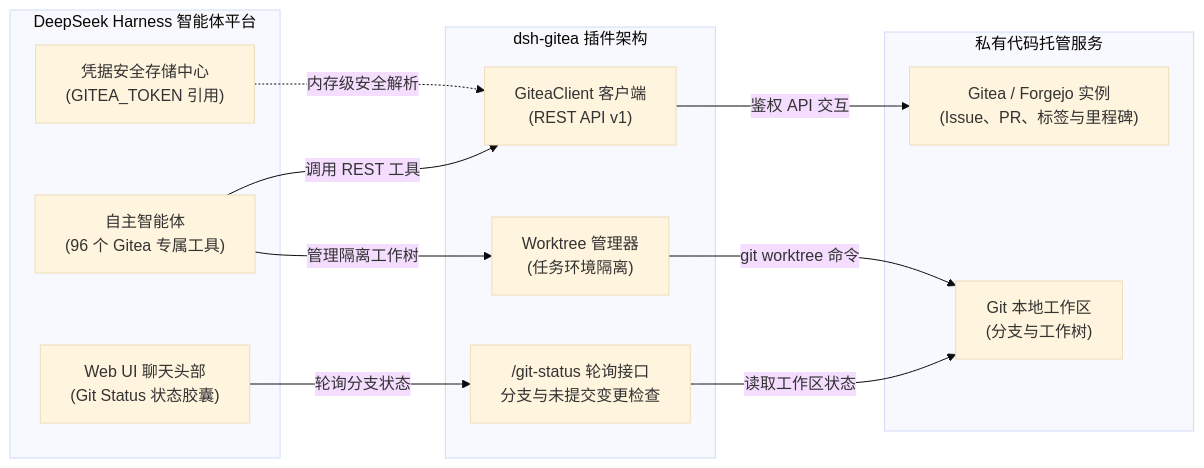
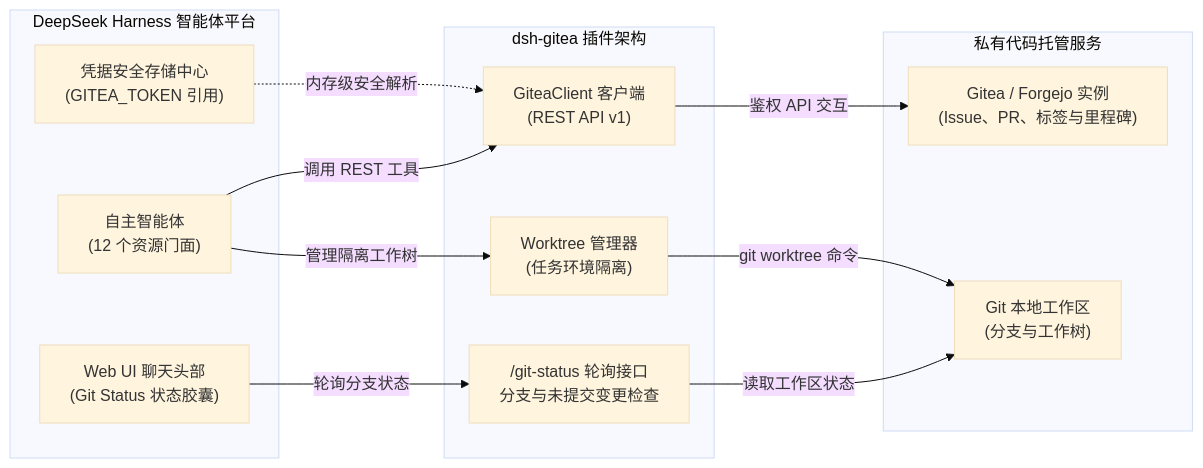
The diagram in README.zh.md (GooDAnDReaDY/dsh-gitea), drawn with Mermaid (base theme) before and after one commit. The commit also changed other lines of this file and 11 other files, not shown here.

````diff
--- a/README.zh.md
+++ b/README.zh.md
@@ -48,27 +48,27 @@
 ```mermaid
 graph LR
     subgraph DSH ["DeepSeek Harness 智能体平台"]
         UI["Web UI 聊天头部<br/>(Git Status 状态胶囊)"]
-        Agent["自主智能体<br/>(96 个 Gitea 专属工具)"]
+        Agent["自主智能体<br/>(12 个资源门面)"]
         Creds["凭据安全存储中心<br/>(GITEA_TOKEN 引用)"]
     end
 
     subgraph Plugin ["dsh-gitea 插件架构"]
         ChipPoller["/git-status 轮询接口<br/>分支与未提交变更检查"]
         Client["GiteaClient 客户端<br/>(REST API v1)"]
         WorktreeMgr["Worktree 管理器<br/>(任务环境隔离)"]
     end
 
     subgraph Server ["私有代码托管服务"]
         Gitea["Gitea / Forgejo 实例<br/>(Issue、PR、标签与里程碑)"]
         GitRepo["Git 本地工作区<br/>(分支与工作树)"]
     end
 
     UI -->|轮询分支状态| ChipPoller
     ChipPoller -->|读取工作区状态| GitRepo
     Agent -->|调用 REST 工具| Client
     Agent -->|管理隔离工作树| WorktreeMgr
     WorktreeMgr -->|git worktree 命令| GitRepo
     Client -->|鉴权 API 交互| Gitea
     Creds -.->|内存级安全解析| Client
 ```
````
